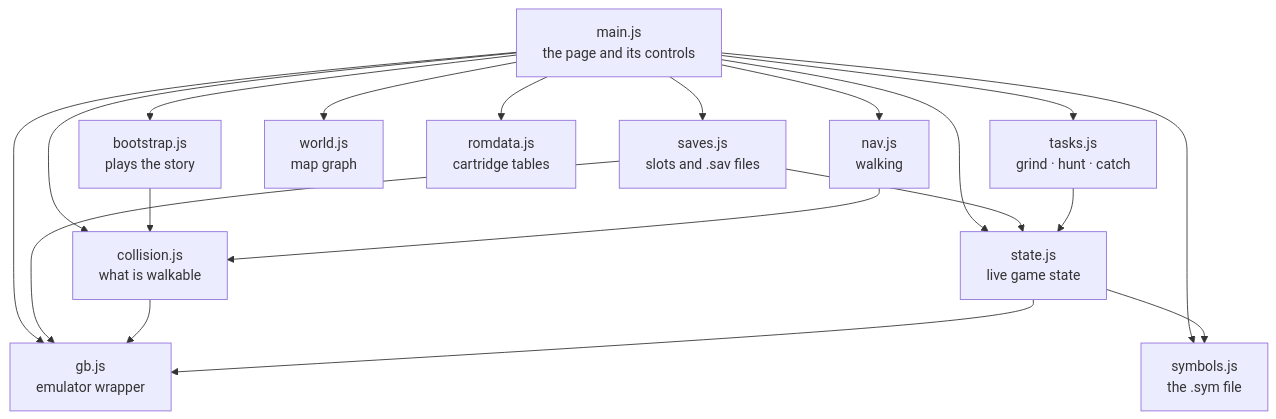
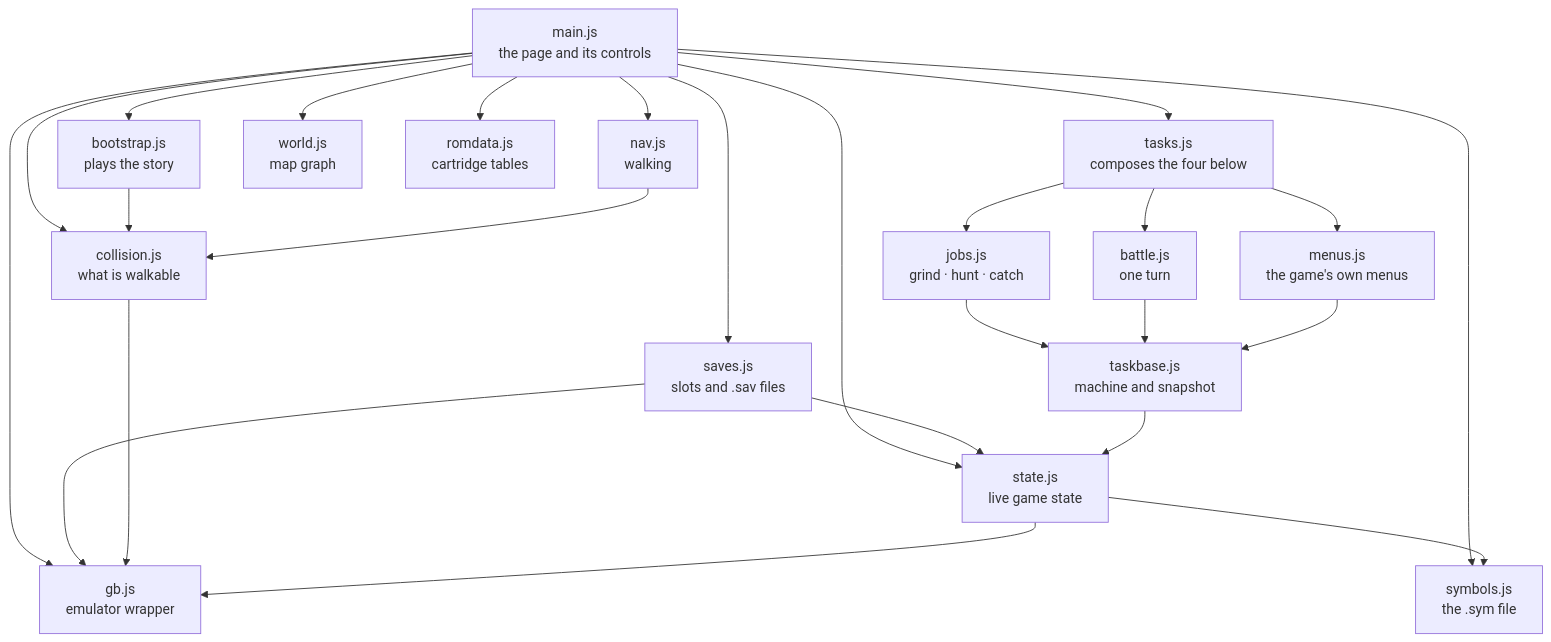
The second of 16 diagrams in docs/CODE.md (minormending/crystal-pilot-mobile), drawn with Mermaid before and after one commit. The commit also changed other lines of this file and 6 other files, not shown here.

````diff
--- a/docs/CODE.md
+++ b/docs/CODE.md
@@ -98,33 +99,43 @@
 ```mermaid
 flowchart TD
     main["main.js<br/>the page and its controls"]
     boot["bootstrap.js<br/>plays the story"]
-    tasks["tasks.js<br/>grind · hunt · catch"]
+    tasks["tasks.js<br/>composes the four below"]
+    jobs["jobs.js<br/>grind · hunt · catch"]
+    btl["battle.js<br/>one turn"]
+    menus["menus.js<br/>the game's own menus"]
+    tbase["taskbase.js<br/>machine and snapshot"]
     nav["nav.js<br/>walking"]
     world["world.js<br/>map graph"]
     coll["collision.js<br/>what is walkable"]
     state["state.js<br/>live game state"]
     rom["romdata.js<br/>cartridge tables"]
     sym["symbols.js<br/>the .sym file"]
     saves["saves.js<br/>slots and .sav files"]
     gb["gb.js<br/>emulator wrapper"]
 
     main --> boot
     main --> tasks
     main --> nav
     main --> world
     main --> coll
     main --> state
     main --> rom
     main --> sym
     main --> gb
     main --> saves
     saves --> gb
     saves --> state
     boot --> coll
-    tasks --> state
+    tasks --> jobs
+    tasks --> btl
+    tasks --> menus
+    jobs --> tbase
+    btl --> tbase
+    menus --> tbase
+    tbase --> state
     nav --> coll
     coll --> gb
     state --> gb
     state --> sym
 ```
````
